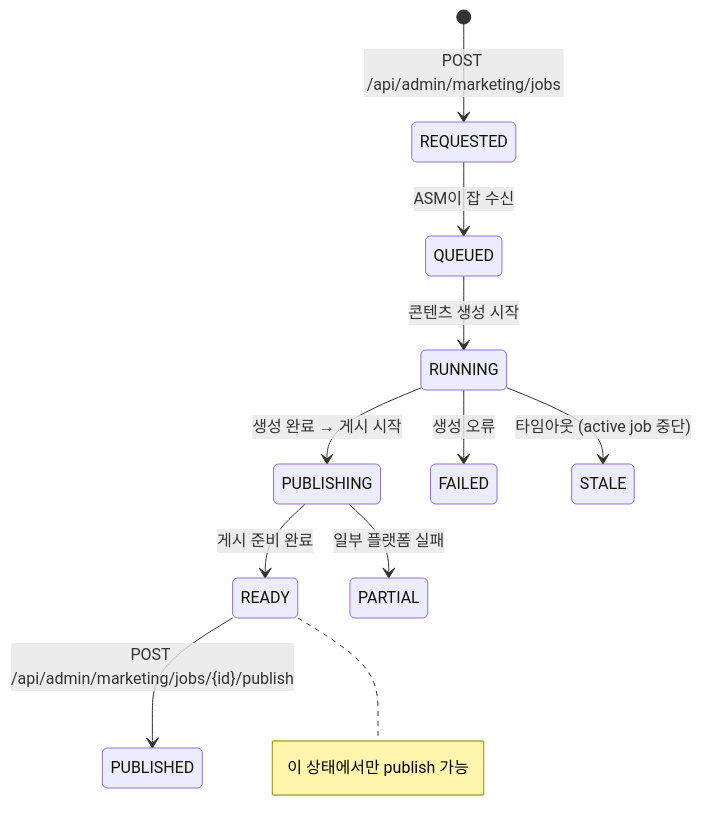
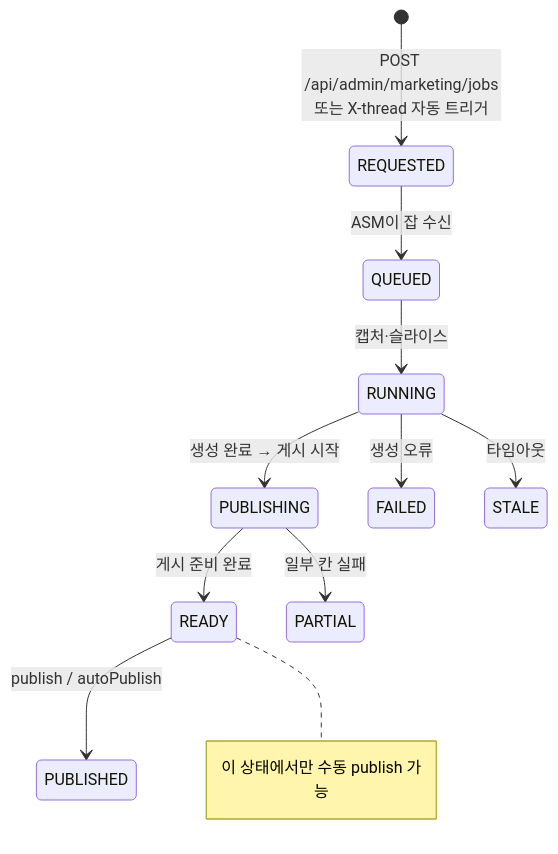
The seventh of 9 diagrams in docs/shared/api/flows.md (Justant-source/Again-Spring), drawn with Mermaid before and after one commit. The commit also changed other lines of this file and 7 other files, not shown here.

````diff
--- a/docs/shared/api/flows.md
+++ b/docs/shared/api/flows.md
@@ -75,13 +155,13 @@
 ```mermaid
 stateDiagram-v2
-    [*] --> REQUESTED: POST /api/admin/marketing/jobs
+    [*] --> REQUESTED: POST /api/admin/marketing/jobs<br/>또는 X-thread 자동 트리거
     REQUESTED --> QUEUED: ASM이 잡 수신
-    QUEUED --> RUNNING: 콘텐츠 생성 시작
+    QUEUED --> RUNNING: 캡처·슬라이스
     RUNNING --> PUBLISHING: 생성 완료 → 게시 시작
     PUBLISHING --> READY: 게시 준비 완료
     RUNNING --> FAILED: 생성 오류
-    PUBLISHING --> PARTIAL: 일부 플랫폼 실패
-    READY --> PUBLISHED: POST /api/admin/marketing/jobs/{id}/publish
-    RUNNING --> STALE: 타임아웃 (active job 중단)
-    note right of READY: 이 상태에서만 publish 가능
+    PUBLISHING --> PARTIAL: 일부 칸 실패
+    READY --> PUBLISHED: publish / autoPublish
+    RUNNING --> STALE: 타임아웃
+    note right of READY: 이 상태에서만 수동 publish 가능
 ```
````
